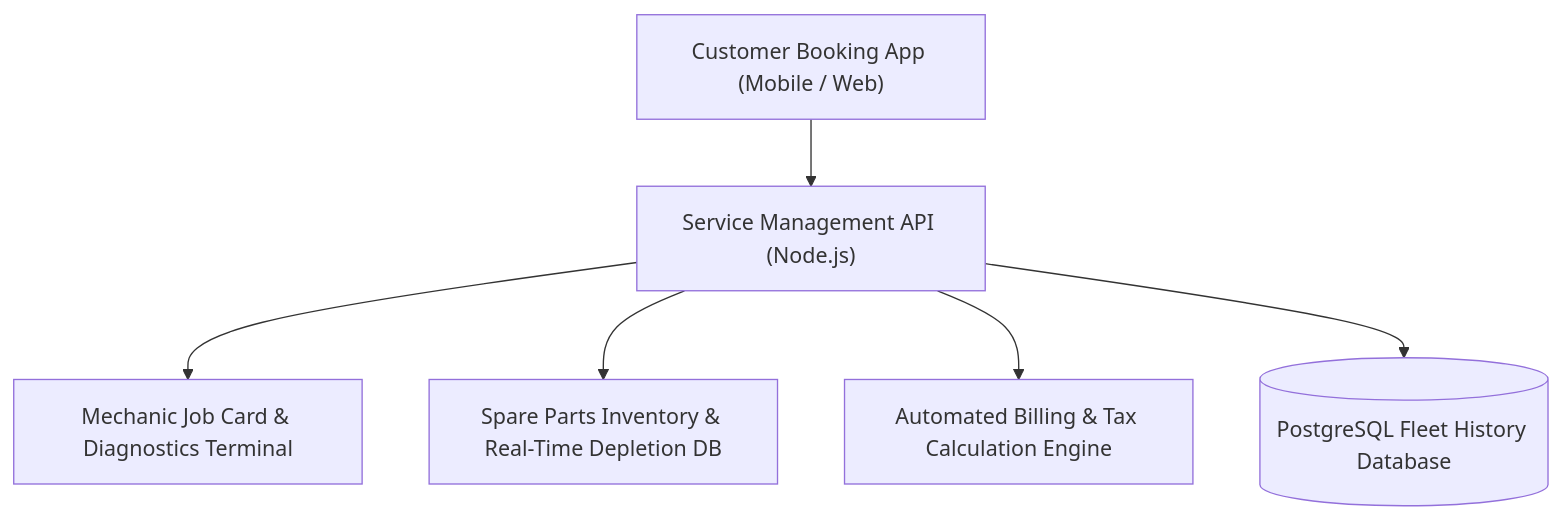
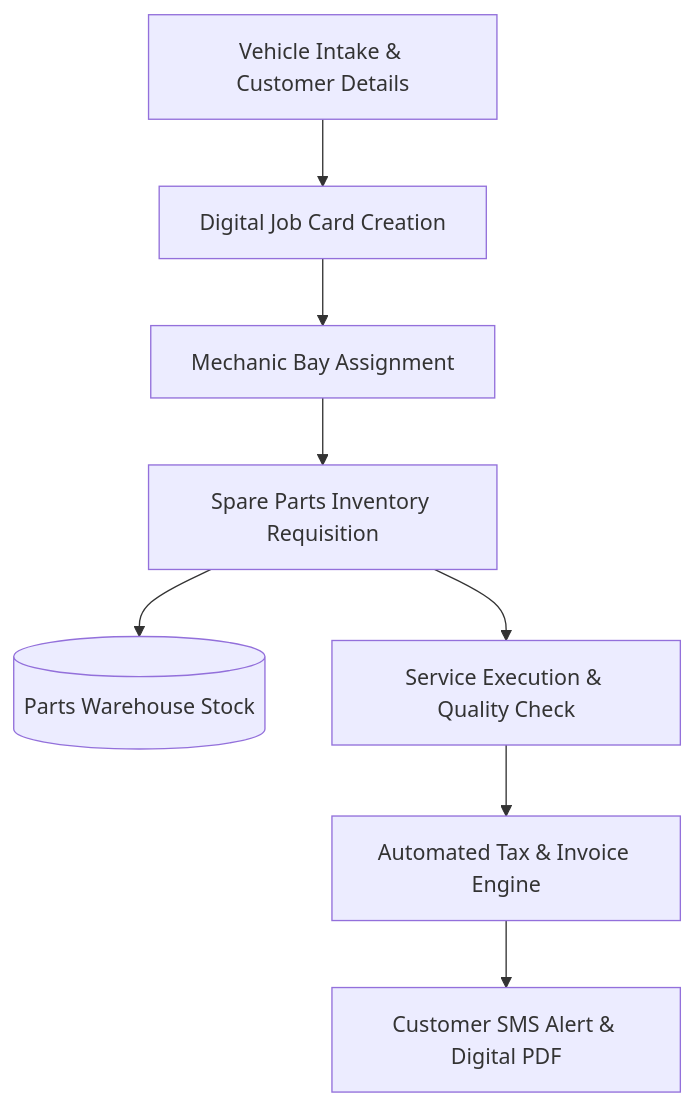
One commit to Tharun4743/Vehicle-Service changed the diagram in README.md. Above: the diagram before and after it, drawn with Mermaid. The commit also changed other lines of this file and 3 other files, not shown here.

````diff
--- a/README.md
+++ b/README.md
@@ -58,8 +38,10 @@
 ```mermaid
-graph TD
-    Customer["Customer Booking App (Mobile / Web)"] --> API["Service Management API (Node.js)"]
-    API --> Workshop["Mechanic Job Card & Diagnostics Terminal"]
-    API --> Parts["Spare Parts Inventory & Real-Time Depletion DB"]
-    API --> Invoice["Automated Billing & Tax Calculation Engine"]
-    API --> DB[("PostgreSQL Fleet History Database")]
+flowchart TD
+    Intake["Vehicle Intake & Customer Details"] --> JobCard["Digital Job Card Creation"]
+    JobCard --> Assignment["Mechanic Bay Assignment"]
+    Assignment --> PartsReq["Spare Parts Inventory Requisition"]
+    PartsReq --> Inventory[("Parts Warehouse Stock")]
+    PartsReq --> Repair["Service Execution & Quality Check"]
+    Repair --> Invoicing["Automated Tax & Invoice Engine"]
+    Invoicing --> Customer["Customer SMS Alert & Digital PDF"]
 ```
````
